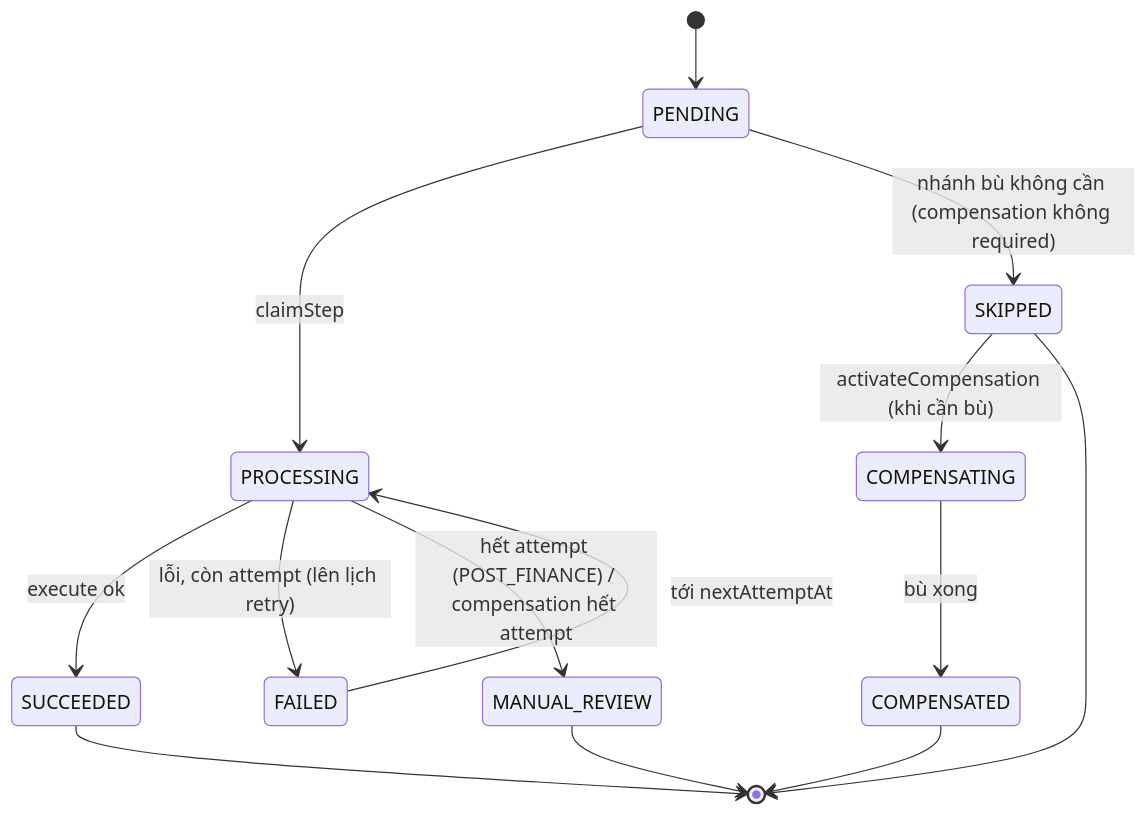
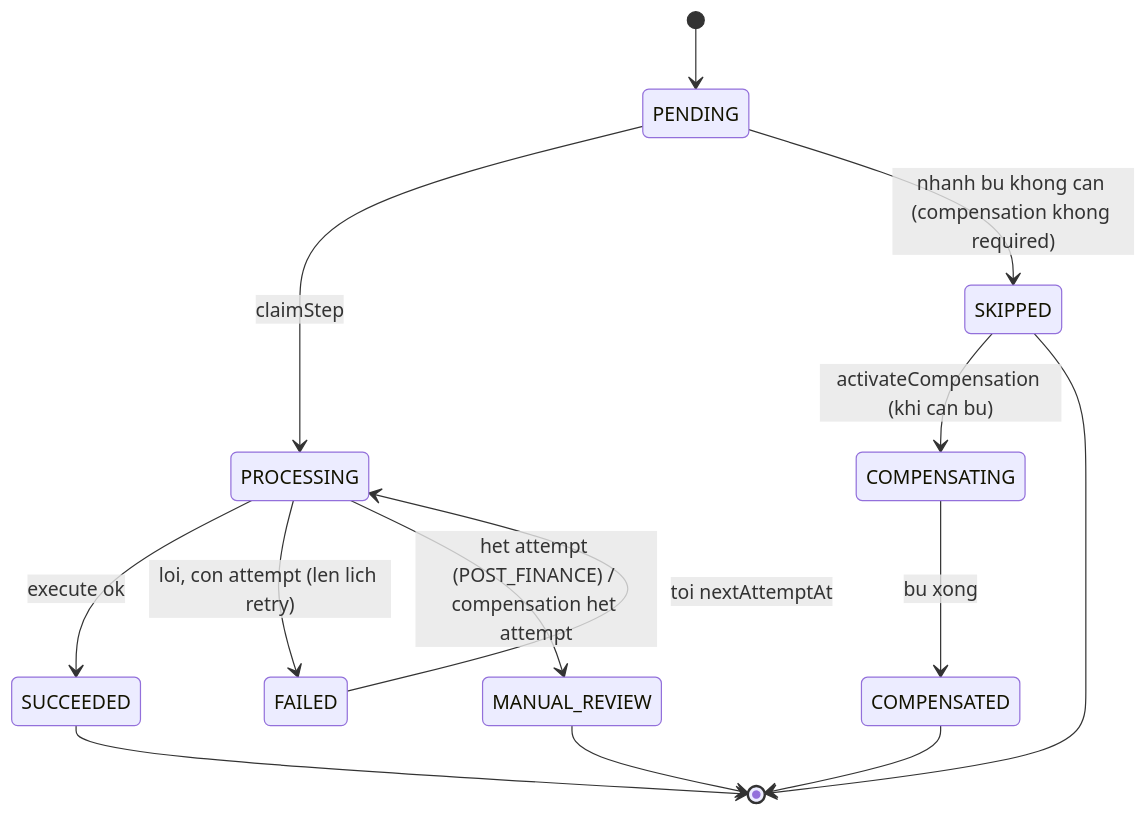
The second of 4 diagrams in docs/architecture/order-saga.md (hatrongvu13/smartfarm-platform-maven-starter), drawn with Mermaid before and after one commit. The commit also changed other lines of this file and 4 other files, not shown here.

````diff
--- a/docs/architecture/order-saga.md
+++ b/docs/architecture/order-saga.md
@@ -100,16 +100,16 @@
 ```mermaid
 stateDiagram-v2
     [*] --> PENDING
     PENDING --> PROCESSING: claimStep
     PROCESSING --> SUCCEEDED: execute ok
-    PROCESSING --> FAILED: lỗi, còn attempt (lên lịch retry)
-    FAILED --> PROCESSING: tới nextAttemptAt
-    PROCESSING --> MANUAL_REVIEW: hết attempt (POST_FINANCE) / compensation hết attempt
-    PENDING --> SKIPPED: nhánh bù không cần (compensation không required)
-    SKIPPED --> COMPENSATING: activateCompensation (khi cần bù)
-    COMPENSATING --> COMPENSATED: bù xong
+    PROCESSING --> FAILED: loi, con attempt (len lich retry)
+    FAILED --> PROCESSING: toi nextAttemptAt
+    PROCESSING --> MANUAL_REVIEW: het attempt (POST_FINANCE) / compensation het attempt
+    PENDING --> SKIPPED: nhanh bu khong can (compensation khong required)
+    SKIPPED --> COMPENSATING: activateCompensation (khi can bu)
+    COMPENSATING --> COMPENSATED: bu xong
     SUCCEEDED --> [*]
     COMPENSATED --> [*]
     SKIPPED --> [*]
     MANUAL_REVIEW --> [*]
 ```
````
